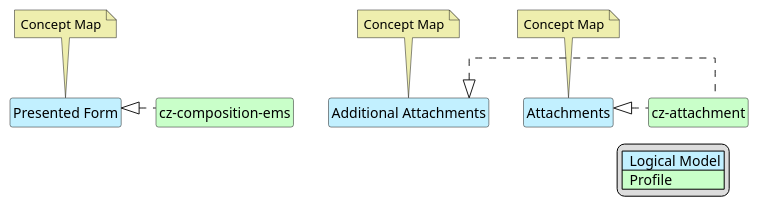
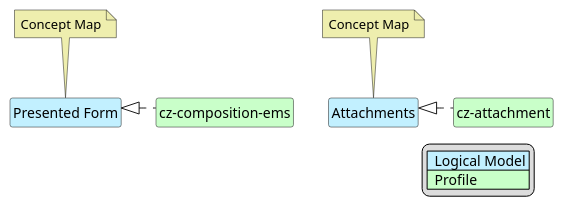
The diagram in input/images-source/emsAttach-map.plantuml (HL7-cz/cz-ems), drawn with PlantUML before and after one commit. The commit also changed 1 other file, not shown here.

```diff
--- a/input/images-source/emsAttach-map.plantuml
+++ b/input/images-source/emsAttach-map.plantuml
@@ -1,42 +1,35 @@
 @startuml
 hide circle
 hide stereotype
 hide members
 hide methods
 skinparam linetype ortho
 skinparam class {
 BackgroundColor<<LogicalModel>> #APPLICATION
 BackgroundColor<<Profile>> #TECHNOLOGY
 }
 legend right
 | <#APPLICATION>  Logical Model |
 | <#TECHNOLOGY>  Profile |
 endlegend
 
-class "Attachments" <<LogicalModel>> [[StructureDefinition-AttachmentsEMSCz.html]]
-note top #EEEEAE [[ConceptMap-AttachmentEMS2FHIR-cz.html]]
-Concept Map
-endnote
-
-class "Additional Attachments" <<LogicalModel>> [[StructureDefinition-AttachmentsCz.html]]
+class "Attachments" <<LogicalModel>> [[StructureDefinition-AttachmentsCz.html]]
 note top #EEEEAE [[ConceptMap-AttachmentEMS2FHIR-cz.html]]
 Concept Map
 endnote
 
 class "Presented Form" <<LogicalModel>> [[StructureDefinition-PresentedFormCz.html]]
 note top #EEEEAE [[ConceptMap-AttachmentEMS2FHIR-cz.html]]
 Concept Map
 endnote
 
 class "cz-composition-ems" <<Profile>> [[https://build.fhir.org/ig/HL7-cz/cz-ems/StructureDefinition-cz-composition-ems.html]]
 class "cz-attachment" <<Profile>> [[https://build.fhir.org/ig/HL7-cz/cz-core/StructureDefinition-cz-attachment.html]]
 
 "Presented Form" <|. "cz-composition-ems"
-"Additional Attachments" <|. "cz-attachment"
 "Attachments" <|. "cz-attachment"
 
 "Presented Form" -d[hidden]-> "cz-composition-ems"
-"Additional Attachments" -d[hidden]-> "cz-attachment"
 "Attachments" -d[hidden]-> "cz-attachment"
 
 @enduml
```
